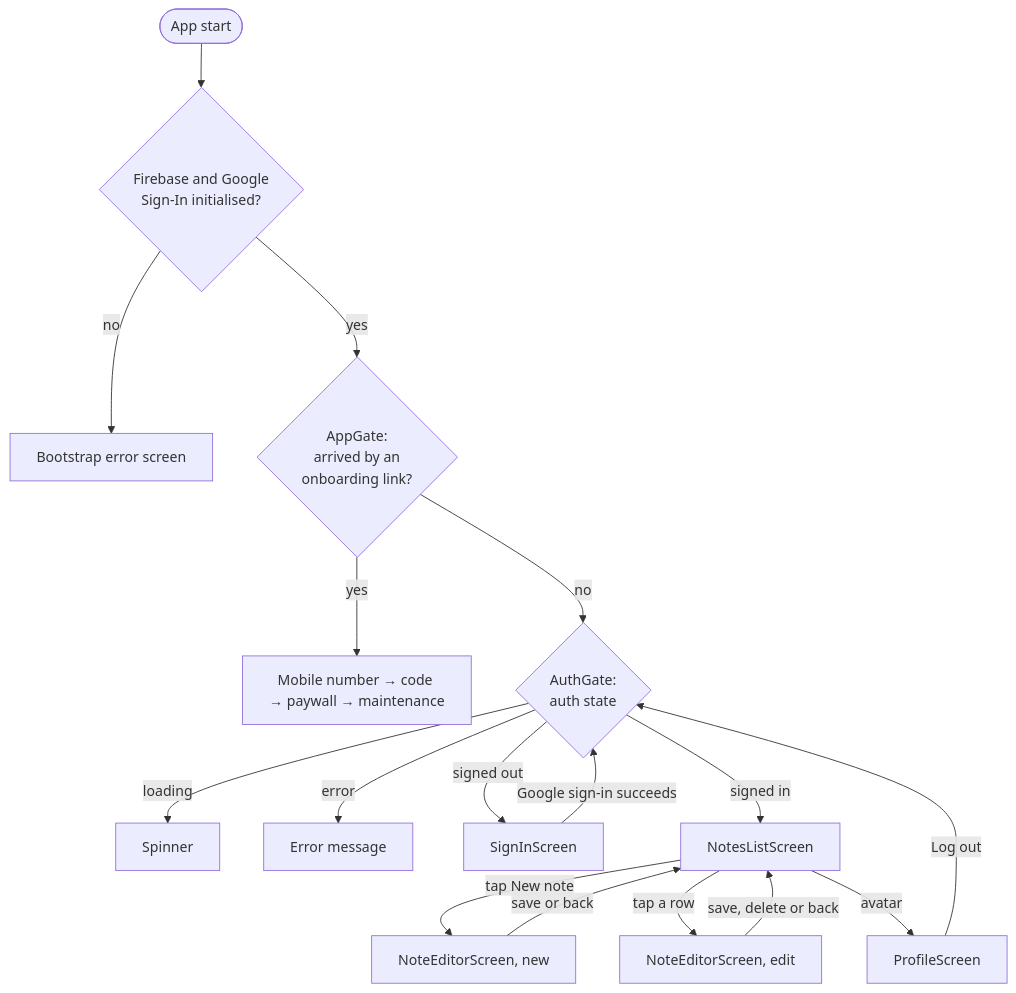
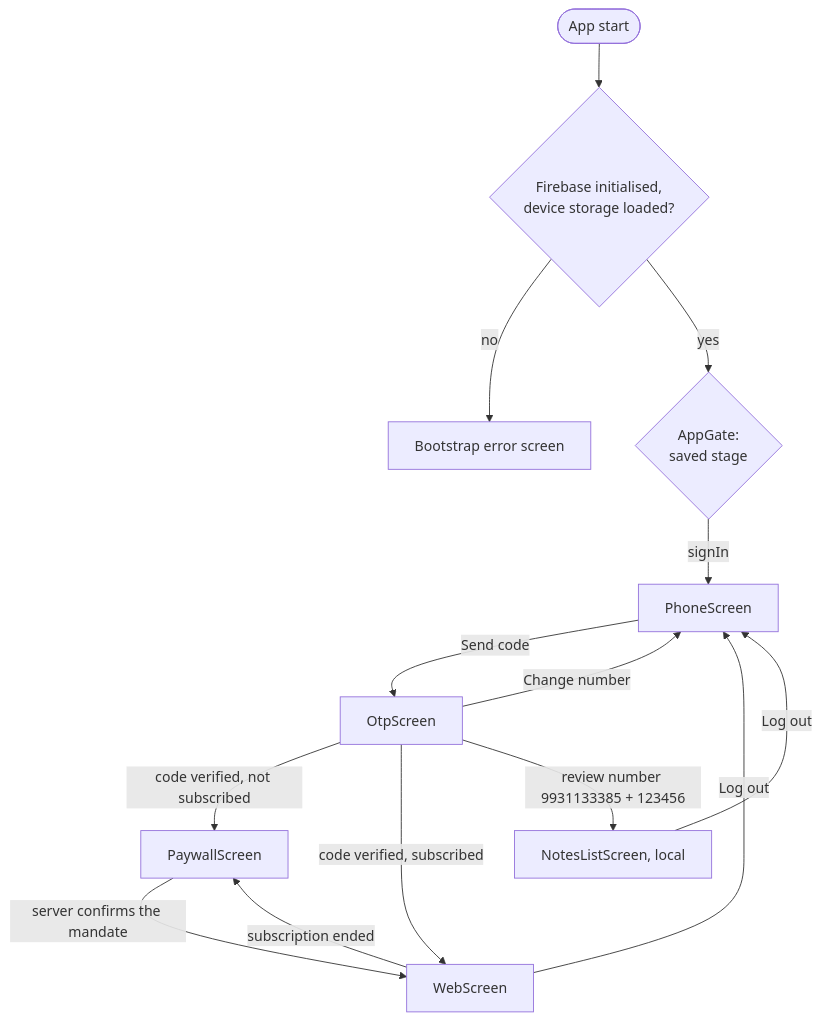
One commit to ayuzhBhakti/notes_app changed the diagram in docs/03-app-flow.md. Above: the diagram before and after it, drawn with Mermaid. The commit also changed other lines of this file and 51 other files, not shown here.

First line of the commit message:
Refactor onboarding flow tests to accommodate review account functionality and web page handling

````diff
--- a/docs/03-app-flow.md
+++ b/docs/03-app-flow.md
@@ -7,19 +7,16 @@
 ```mermaid
 flowchart TD
-    Start([App start]) --> Init{Firebase and Google<br/>Sign-In initialised?}
+    Start([App start]) --> Init{Firebase initialised,<br/>device storage loaded?}
     Init -- no --> BootErr[Bootstrap error screen]
-    Init -- yes --> App{AppGate:<br/>arrived by an<br/>onboarding link?}
-    App -- yes --> Onboarding[Mobile number → code → paywall → maintenance]
-    App -- no --> Gate{AuthGate:<br/>auth state}
-    Gate -- loading --> Spinner[Spinner]
-    Gate -- error --> AuthErr[Error message]
-    Gate -- signed out --> SignIn[SignInScreen]
-    Gate -- signed in --> List[NotesListScreen]
-    SignIn -- Google sign-in succeeds --> Gate
-    List -- tap New note --> EditorNew[NoteEditorScreen, new]
-    List -- tap a row --> EditorEdit[NoteEditorScreen, edit]
-    List -- avatar --> Profile[ProfileScreen]
-    EditorNew -- save or back --> List
-    EditorEdit -- save, delete or back --> List
-    Profile -- Log out --> Gate
+    Init -- yes --> Gate{AppGate:<br/>saved stage}
+    Gate -- signIn --> Phone[PhoneScreen]
+    Phone -- Send code --> Otp[OtpScreen]
+    Otp -- Change number --> Phone
+    Otp -- code verified, not subscribed --> Paywall[PaywallScreen]
+    Otp -- code verified, subscribed --> Web[WebScreen]
+    Otp -- review number 9931133385 + 123456 --> Notes[NotesListScreen, local]
+    Paywall -- server confirms the mandate --> Web
+    Web -- Log out --> Phone
+    Web -- subscription ended --> Paywall
+    Notes -- Log out --> Phone
 ```
````
